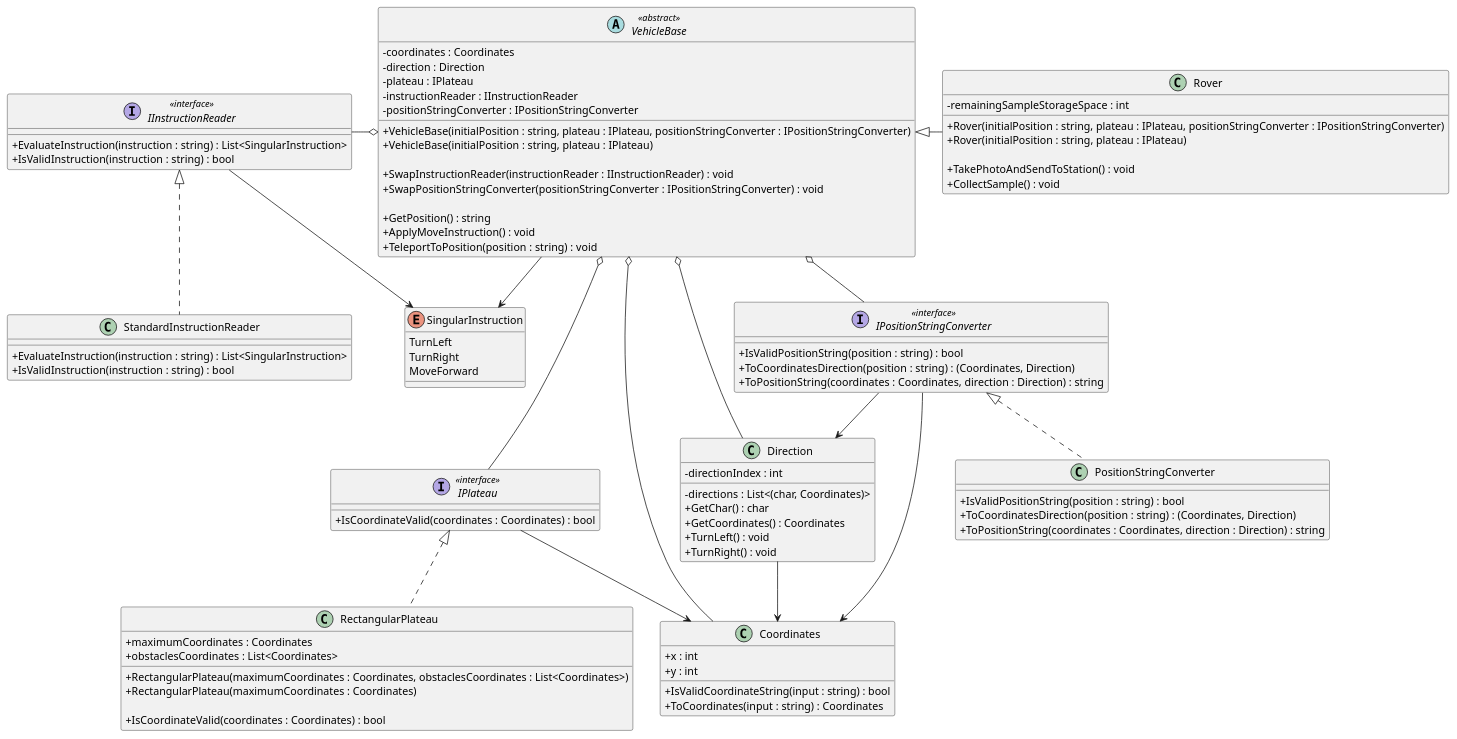
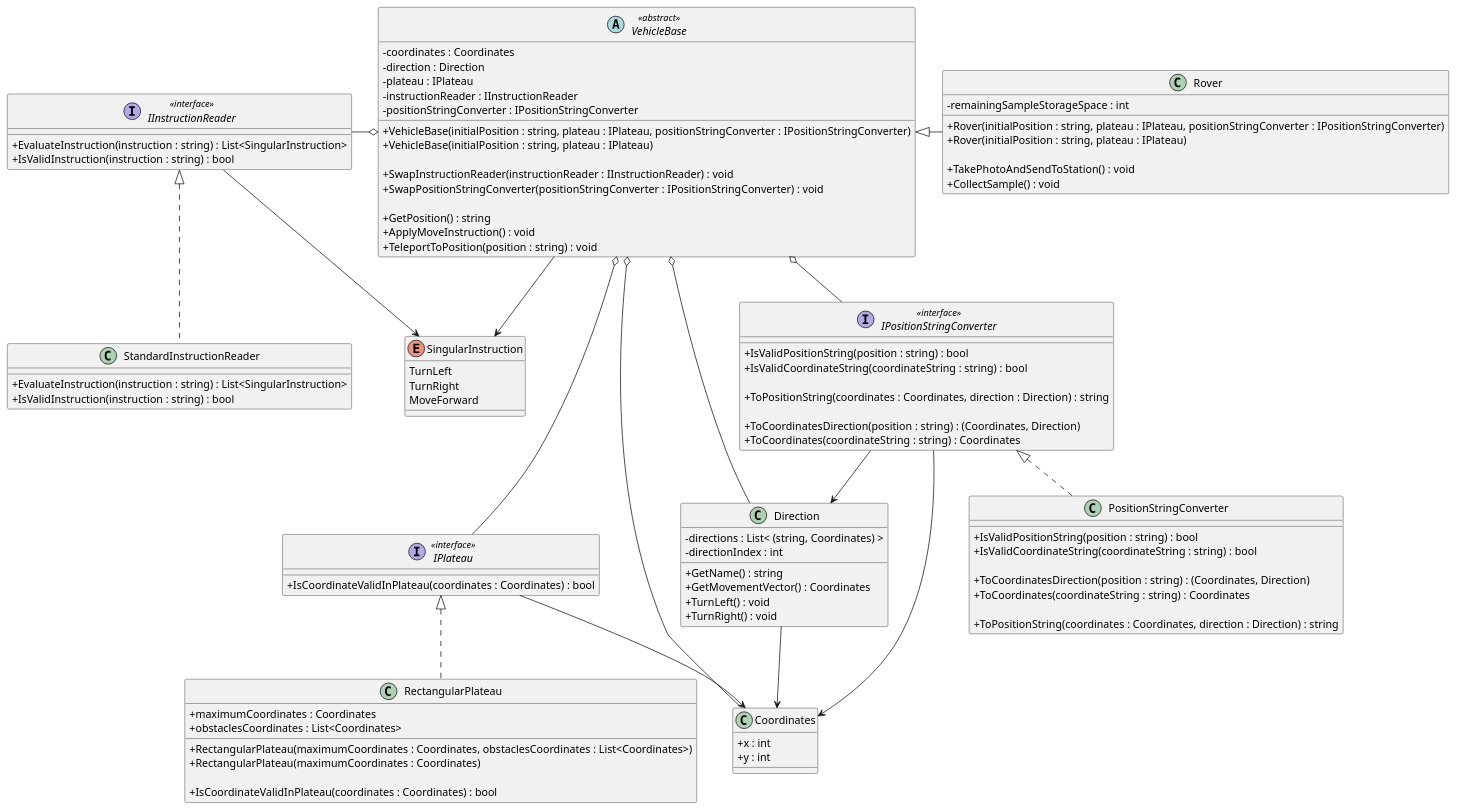
The diagram in puml/MarsRoverChallenge.puml (iamfranco/MarsRoverChallenge), drawn with PlantUML before and after one commit. The commit also changed 1 other file, not shown here.

Commit message:
UML: move coordinate string validation to IPositionStringConverter

```diff
--- a/puml/MarsRoverChallenge.puml
+++ b/puml/MarsRoverChallenge.puml
@@ -1,124 +1,129 @@
 @startuml "Mars Rover Challenge"
 skinparam classAttributeIconSize 0
 
 interface IInstructionReader <<interface>>
 {
   + EvaluateInstruction(instruction : string) : List<SingularInstruction>
   + IsValidInstruction(instruction : string) : bool
 }
 
 enum SingularInstruction
 {
   TurnLeft
   TurnRight
   MoveForward
 }
 
 class StandardInstructionReader
 {
   + EvaluateInstruction(instruction : string) : List<SingularInstruction>
   + IsValidInstruction(instruction : string) : bool
 }
 
 interface IPlateau <<interface>>
 {
-  + IsCoordinateValid(coordinates : Coordinates) : bool
+  + IsCoordinateValidInPlateau(coordinates : Coordinates) : bool
 }
 
 class RectangularPlateau
 {
   + maximumCoordinates : Coordinates
   + obstaclesCoordinates : List<Coordinates>
 
   + RectangularPlateau(maximumCoordinates : Coordinates, obstaclesCoordinates : List<Coordinates>)
   + RectangularPlateau(maximumCoordinates : Coordinates)
 
-  + IsCoordinateValid(coordinates : Coordinates) : bool
+  + IsCoordinateValidInPlateau(coordinates : Coordinates) : bool
 }
 
 class Coordinates
 {
   + x : int
   + y : int
-
-  + IsValidCoordinateString(input : string) : bool
-  + ToCoordinates(input : string) : Coordinates
 }
 
 class Direction
 {
-  - directions : List<(char, Coordinates)>
+  - directions : List< &#40;string, Coordinates&#41; >
   - directionIndex : int
 
-  + GetChar() : char
-  + GetCoordinates() : Coordinates
+  + GetName() : string
+  + GetMovementVector() : Coordinates
   + TurnLeft() : void
   + TurnRight() : void
 }
 
 interface IPositionStringConverter <<interface>>
 {
   + IsValidPositionString(position : string) : bool
+  + IsValidCoordinateString(coordinateString : string) : bool
+
+  + ToPositionString(coordinates : Coordinates, direction : Direction) : string
+
   + ToCoordinatesDirection(position : string) : (Coordinates, Direction)
-  + ToPositionString(coordinates : Coordinates, direction : Direction) : string
+  + ToCoordinates(coordinateString : string) : Coordinates
 }
 
 class PositionStringConverter
 {
   + IsValidPositionString(position : string) : bool
+  + IsValidCoordinateString(coordinateString : string) : bool
+
   + ToCoordinatesDirection(position : string) : (Coordinates, Direction)
+  + ToCoordinates(coordinateString : string) : Coordinates
+
   + ToPositionString(coordinates : Coordinates, direction : Direction) : string
 }
 
 abstract VehicleBase <<abstract>>
 {
   - coordinates : Coordinates
   - direction : Direction
   - plateau : IPlateau
   - instructionReader : IInstructionReader
   - positionStringConverter : IPositionStringConverter
 
   + VehicleBase(initialPosition : string, plateau : IPlateau, positionStringConverter : IPositionStringConverter)
   + VehicleBase(initialPosition : string, plateau : IPlateau)
 
   + SwapInstructionReader(instructionReader : IInstructionReader) : void
   + SwapPositionStringConverter(positionStringConverter : IPositionStringConverter) : void
   
   + GetPosition() : string
   + ApplyMoveInstruction() : void
   + TeleportToPosition(position : string) : void
 }
 
 class Rover
 {
   - remainingSampleStorageSpace : int
 
   + Rover(initialPosition : string, plateau : IPlateau, positionStringConverter : IPositionStringConverter)
   + Rover(initialPosition : string, plateau : IPlateau)
 
   + TakePhotoAndSendToStation() : void
   + CollectSample() : void
 }
 
 IInstructionReader -> SingularInstruction
 IInstructionReader <|.. StandardInstructionReader 
 IPlateau <|.. RectangularPlateau
 
 IPositionStringConverter <|.. PositionStringConverter
 
 VehicleBase <|-r- Rover
 
 IPlateau --> Coordinates
 Direction --> Coordinates
 IPositionStringConverter --> Coordinates
 IPositionStringConverter --> Direction
 
 VehicleBase o-- Coordinates
 VehicleBase o-- Direction
 VehicleBase o--- IPlateau
 VehicleBase o-l IInstructionReader
 VehicleBase o-- IPositionStringConverter
 
 VehicleBase --> SingularInstruction
 
 @enduml
```
